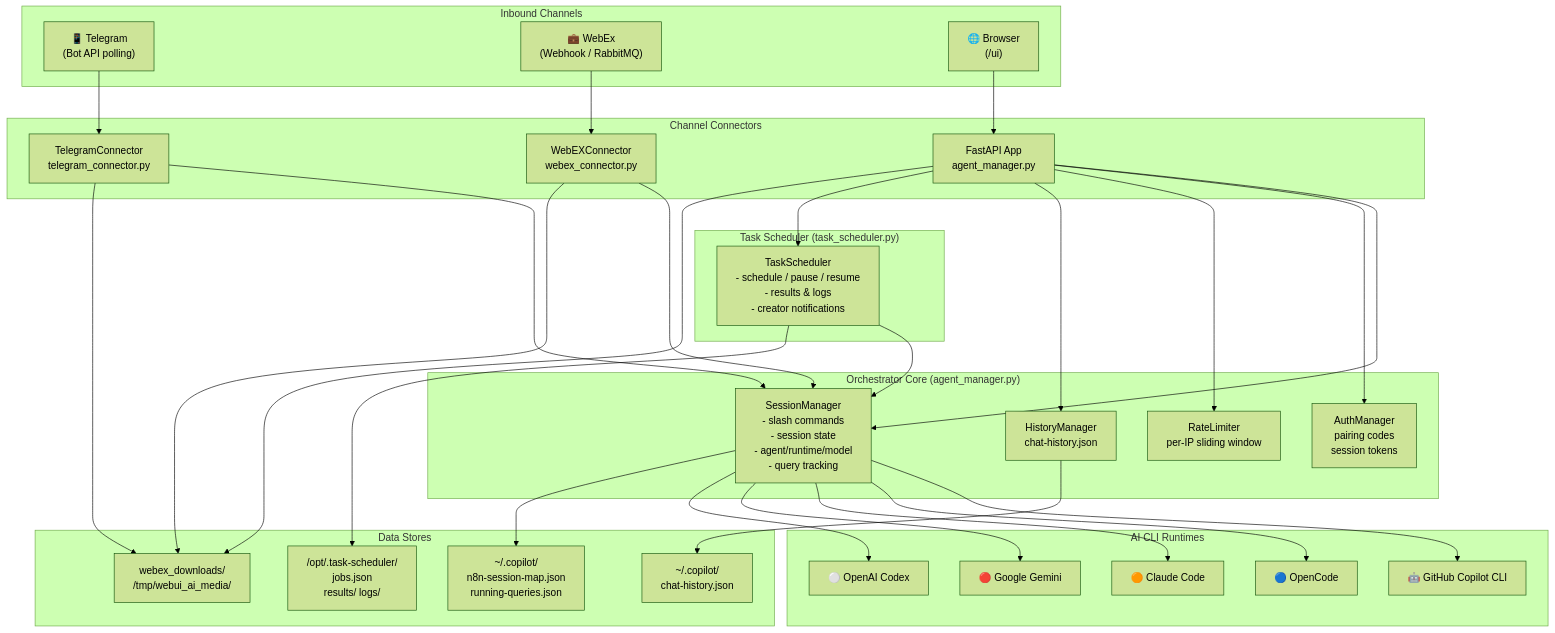
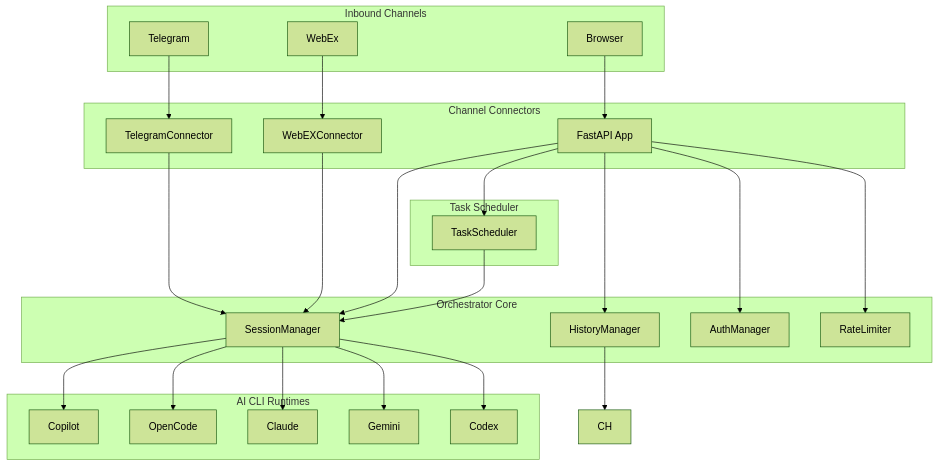
Before and after one commit to Vorce-Studios/Vorce: the first of 5 diagrams in ARCHITECTURE.md, drawn with Mermaid (forest theme). The commit also changed other lines of this file, not shown here.

Commit message:
docs: radical simplification of ARCHITECTURE.md to satisfy markdownlint

````diff
--- a/ARCHITECTURE.md
+++ b/ARCHITECTURE.md
@@ -44,66 +44,54 @@
 ```mermaid
 graph TB
     subgraph Inbound["Inbound Channels"]
-        TG["📱 Telegram\n(Bot API polling)"]
-        WX["💼 WebEx\n(Webhook / RabbitMQ)"]
-        BR["🌐 Browser\n(/ui)"]
+        TG["Telegram"]
+        WX["WebEx"]
+        BR["Browser"]
     end
 
     subgraph Connectors["Channel Connectors"]
-        TC["TelegramConnector\ntelegram_connector.py"]
-        WC["WebEXConnector\nwebex_connector.py"]
-        FA["FastAPI App\nagent_manager.py"]
+        TC["TelegramConnector"]
+        WC["WebEXConnector"]
+        FA["FastAPI App"]
     end
 
-    subgraph Core["Orchestrator Core (agent_manager.py)"]
-        SM["SessionManager\n- slash commands\n- session state\n- agent/runtime/model\n- query tracking"]
-        HM["HistoryManager\nchat-history.json"]
-        AM["AuthManager\npairing codes\nsession tokens"]
-        RL["RateLimiter\nper-IP sliding window"]
+    subgraph Core["Orchestrator Core"]
+        SM["SessionManager"]
+        HM["HistoryManager"]
+        AM["AuthManager"]
+        RL["RateLimiter"]
     end
 
-    subgraph Scheduler["Task Scheduler (task_scheduler.py)"]
-        TS["TaskScheduler\n- schedule / pause / resume\n- results & logs\n- creator notifications"]
+    subgraph Scheduler["Task Scheduler"]
+        TS["TaskScheduler"]
     end
 
     subgraph Runtimes["AI CLI Runtimes"]
-        CP["🤖 GitHub Copilot CLI"]
-        OC["🔵 OpenCode"]
-        CL["🟠 Claude Code"]
-        GM["🔴 Google Gemini"]
-        CX["⚪ OpenAI Codex"]
-    end
-
-    subgraph Storage["Data Stores"]
-        SJ["~/.copilot/\nn8n-session-map.json\nrunning-queries.json"]
-        CH["~/.copilot/\nchat-history.json"]
-        JF["/opt/.task-scheduler/\njobs.json\nresults/  logs/"]
-        UF["webex_downloads/\n/tmp/webui_ai_media/"]
+        CP["Copilot"]
+        OC["OpenCode"]
+        CL["Claude"]
+        GM["Gemini"]
+        CX["Codex"]
     end
 
     TG --> TC
     WX --> WC
     BR --> FA
 
     TC --> SM
     WC --> SM
     FA --> SM
     FA --> AM
     FA --> RL
     FA --> HM
     FA --> TS
 
     SM --> CP
     SM --> OC
     SM --> CL
     SM --> GM
     SM --> CX
-    SM --> SJ
 
     HM --> CH
     TS --> SM
-    TS --> JF
-    TC --> UF
-    WC --> UF
-    FA --> UF
 ```
````
